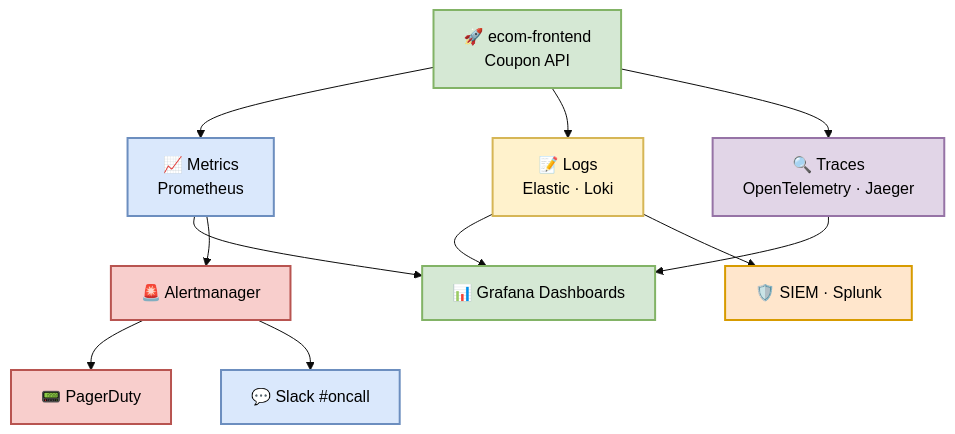
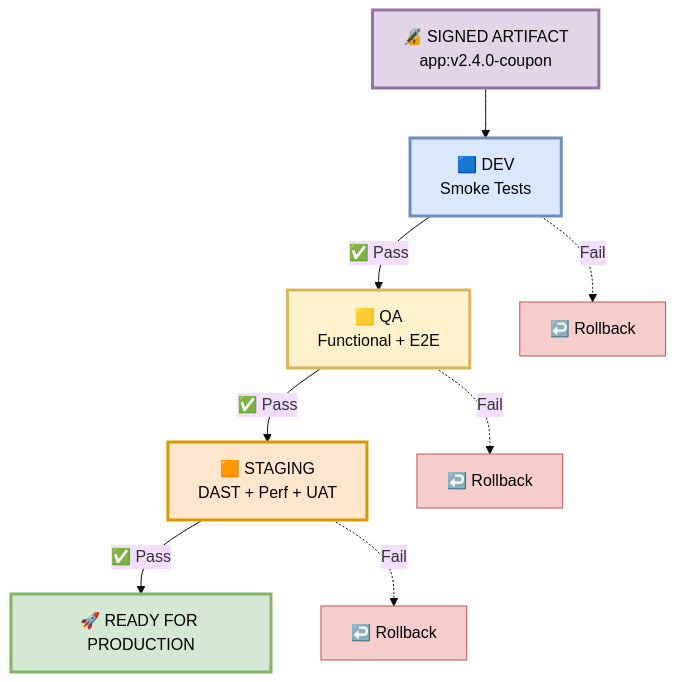
Before and after one commit to tripathicle/ApplicationPipeline: the first of 4 diagrams in 2-CD-Stage/CD_2_CD_PIPELINE/readme.md, drawn with Mermaid (base theme). The commit also changed other lines of this file, not shown here.

````diff
--- a/2-CD-Stage/CD_2_CD_PIPELINE/readme.md
+++ b/2-CD-Stage/CD_2_CD_PIPELINE/readme.md
@@ -37,40 +34,32 @@
 ```mermaid
 graph TD
-    APP["🚀 ecom-frontend<br>Coupon API"]
-    style APP fill:#d5e8d4,stroke:#82b366,stroke-width:2px,color:#000
+    SIGNED["🔏 SIGNED ARTIFACT<br>app:v2.4.0-coupon"]
+    style SIGNED fill:#e1d5e7,stroke:#9673a6,stroke-width:3px,color:#000
 
-    METRICS["📈 Metrics<br>Prometheus"]
-    LOGS["📝 Logs<br>Elastic · Loki"]
-    TRACES["🔍 Traces<br>OpenTelemetry · Jaeger"]
+    DEV["🟦 DEV<br>Smoke Tests"]
+    QA["🟨 QA<br>Functional + E2E"]
+    STAGING["🟧 STAGING<br>DAST + Perf + UAT"]
+    PROD["🚀 READY FOR PRODUCTION"]
 
-    style METRICS fill:#dae8fc,stroke:#6c8ebf,stroke-width:2px,color:#000
-    style LOGS fill:#fff2cc,stroke:#d6b656,stroke-width:2px,color:#000
-    style TRACES fill:#e1d5e7,stroke:#9673a6,stroke-width:2px,color:#000
+    style DEV fill:#dae8fc,stroke:#6c8ebf,stroke-width:3px,color:#000
+    style QA fill:#fff2cc,stroke:#d6b656,stroke-width:3px,color:#000
+    style STAGING fill:#ffe6cc,stroke:#d79b00,stroke-width:3px,color:#000
+    style PROD fill:#d5e8d4,stroke:#82b366,stroke-width:3px,color:#000
 
-    APP --> METRICS
-    APP --> LOGS
-    APP --> TRACES
+    SIGNED --> DEV
+    DEV -->|✅ Pass| QA
+    QA -->|✅ Pass| STAGING
+    STAGING -->|✅ Pass| PROD
 
-    DASH["📊 Grafana Dashboards"]
-    ALERT["🚨 Alertmanager"]
-    SIEM["🛡️ SIEM · Splunk"]
+    RB1["↩️ Rollback"]
+    RB2["↩️ Rollback"]
+    RB3["↩️ Rollback"]
 
-    style DASH fill:#d5e8d4,stroke:#82b366,stroke-width:2px,color:#000
-    style ALERT fill:#f8cecc,stroke:#b85450,stroke-width:2px,color:#000
-    style SIEM fill:#ffe6cc,stroke:#d79b00,stroke-width:2px,color:#000
+    style RB1 fill:#f8cecc,stroke:#b85450,stroke-width:1px,color:#000
+    style RB2 fill:#f8cecc,stroke:#b85450,stroke-width:1px,color:#000
+    style RB3 fill:#f8cecc,stroke:#b85450,stroke-width:1px,color:#000
 
-    METRICS --> DASH
-    METRICS --> ALERT
-    LOGS --> DASH
-    LOGS --> SIEM
-    TRACES --> DASH
-
-    PAGER["📟 PagerDuty"]
-    SLACK["💬 Slack #oncall"]
-
-    style PAGER fill:#f8cecc,stroke:#b85450,stroke-width:2px,color:#000
-    style SLACK fill:#dae8fc,stroke:#6c8ebf,stroke-width:2px,color:#000
-
-    ALERT --> PAGER
-    ALERT --> SLACK
+    DEV -.->|Fail| RB1
+    QA -.->|Fail| RB2
+    STAGING -.->|Fail| RB3
 ```
````
